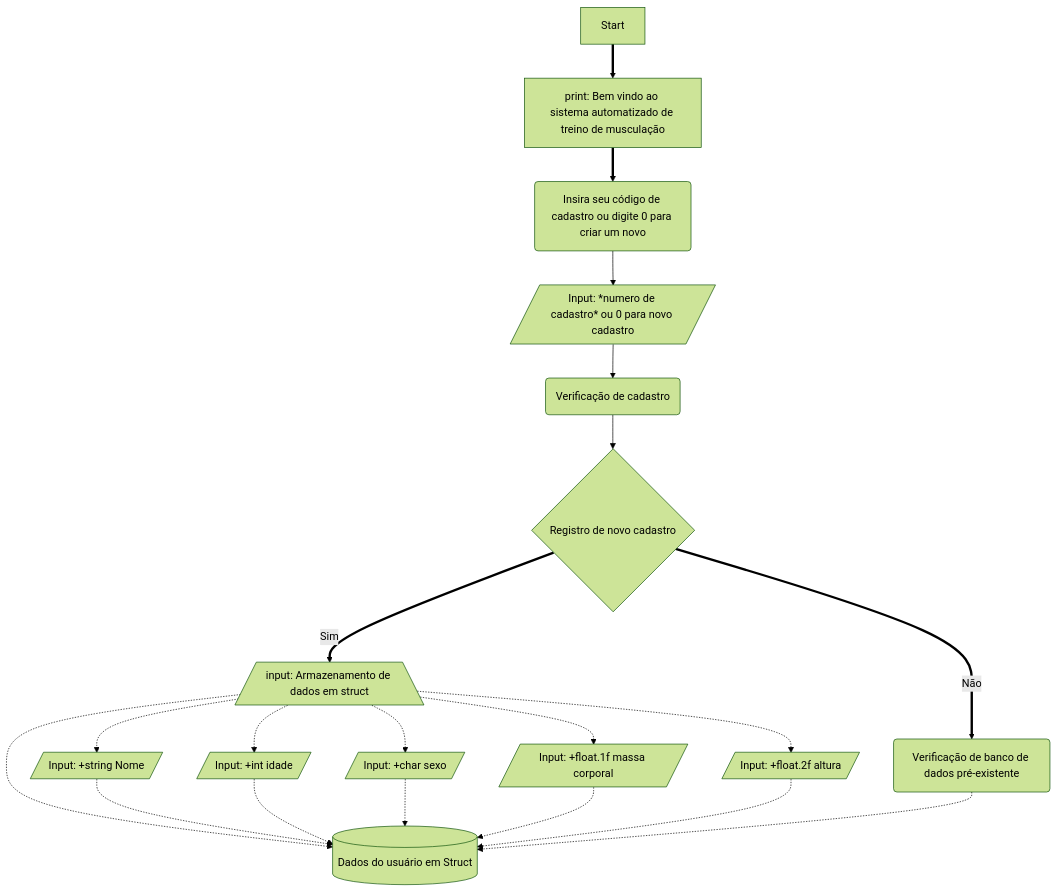
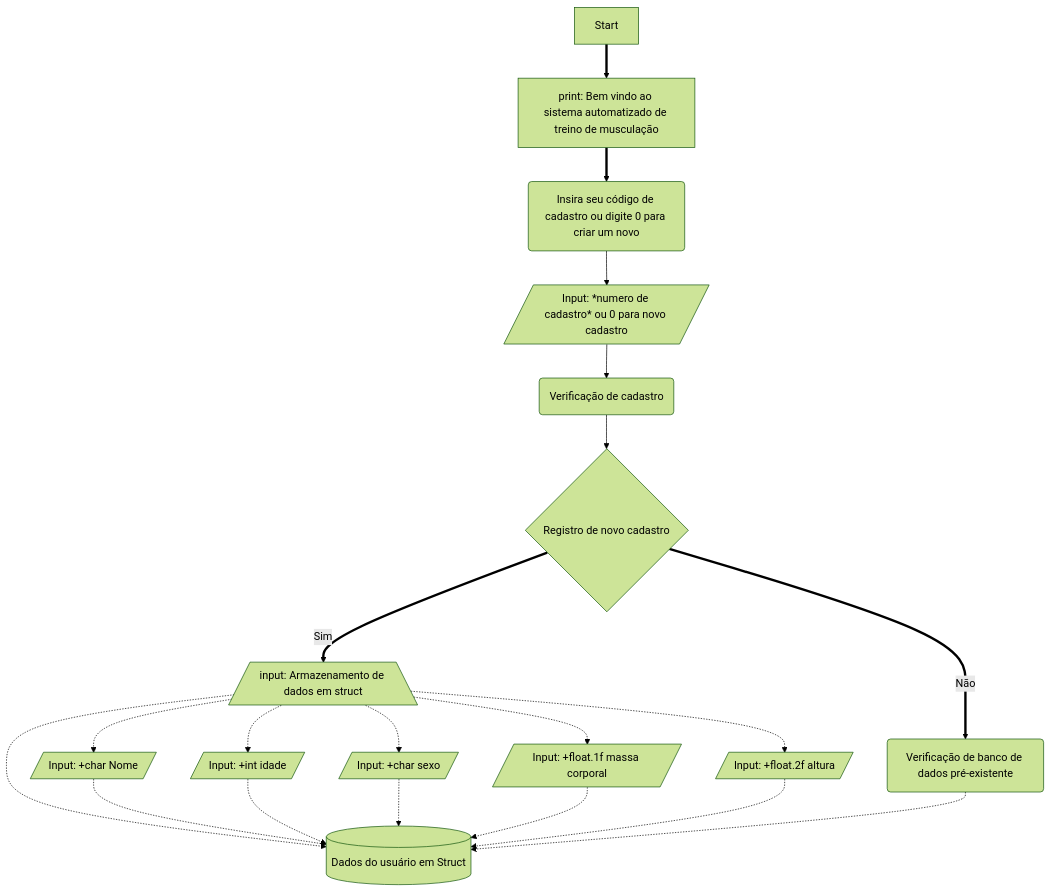
The second of 2 diagrams in readme.MD (caio-passos/fichaacademia), drawn with Mermaid (forest theme) before and after one commit. The commit also changed other lines of this file and 11 other files, not shown here.

````diff
--- a/readme.MD
+++ b/readme.MD
@@ -62,33 +62,33 @@
 ```mermaid    
     flowchart TD
     Start ==> id1[print: Bem vindo ao sistema automatizado de treino de musculação]
     id1 ==> id2(Insira seu código de cadastro ou digite 0 para criar um novo)
     id2 -->id3
     id3[/Input: *numero de cadastro* ou 0 para novo cadastro/]
     id3 --> id4
     id4(Verificação de cadastro)
     id4 --> id5
     id5{Registro de novo cadastro}
     id5 ==> |Sim| id6   
     id5 ==> |Não| id7
     id6[/input: Armazenamento de dados em struct\]
     id7(Verificação de banco de dados pré-existente)
     id0[(Dados do usuário em Struct)]
     id6 & id7 -.-> id0
     id6 -.-> id8 & id9 & id10 & id11 & id12
     id8 -.-> id0
     id9 -.-> id0
     id10 -.-> id0
     id11 -.-> id0
     id12 -.-> id0
     
-    id8[/Input: +string Nome/]
+    id8[/Input: +char Nome/]
     id9[/Input: +int idade/]
     id10[/Input: +char sexo/]
     id11[/Input: +float.1f massa corporal/]
     id12[/Input: +float.2f altura/]
     
     
 
     
  ```
````
